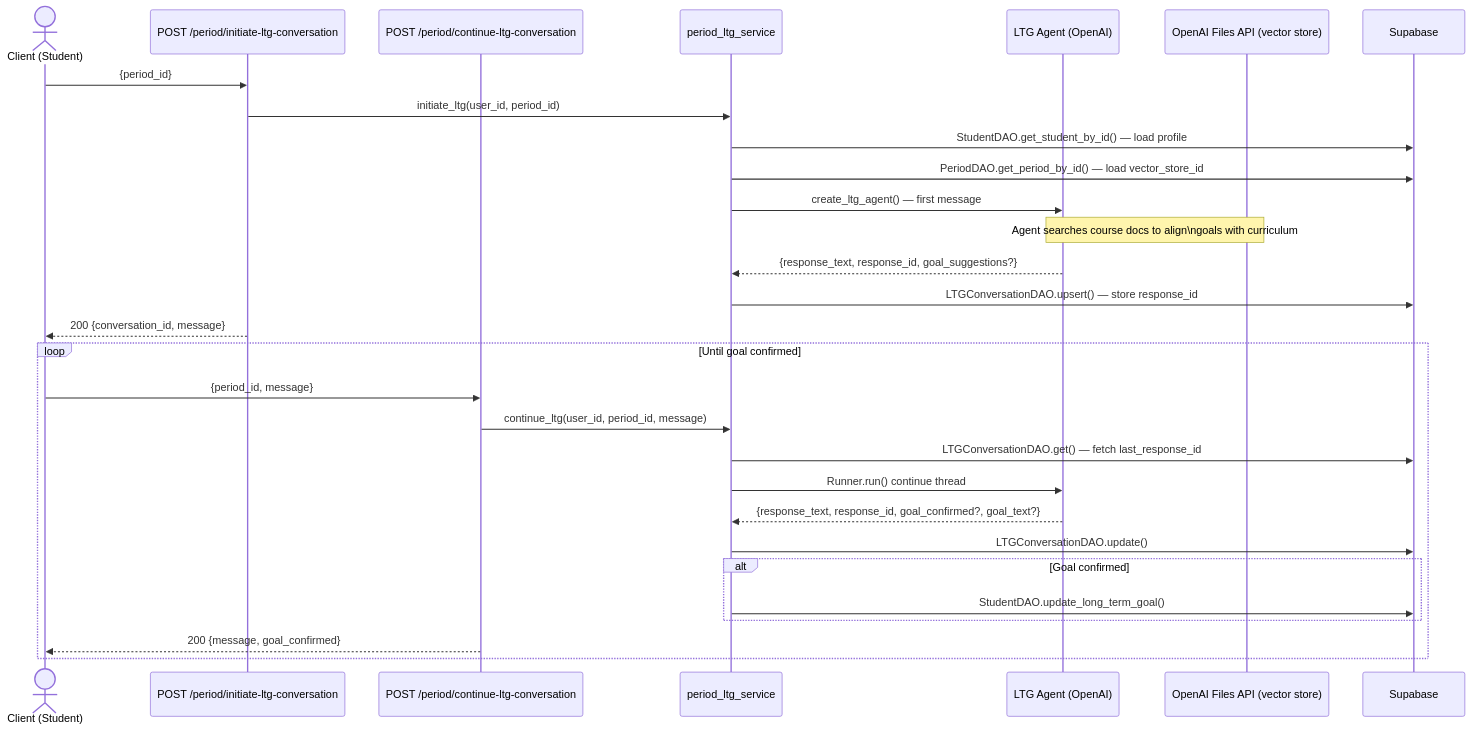
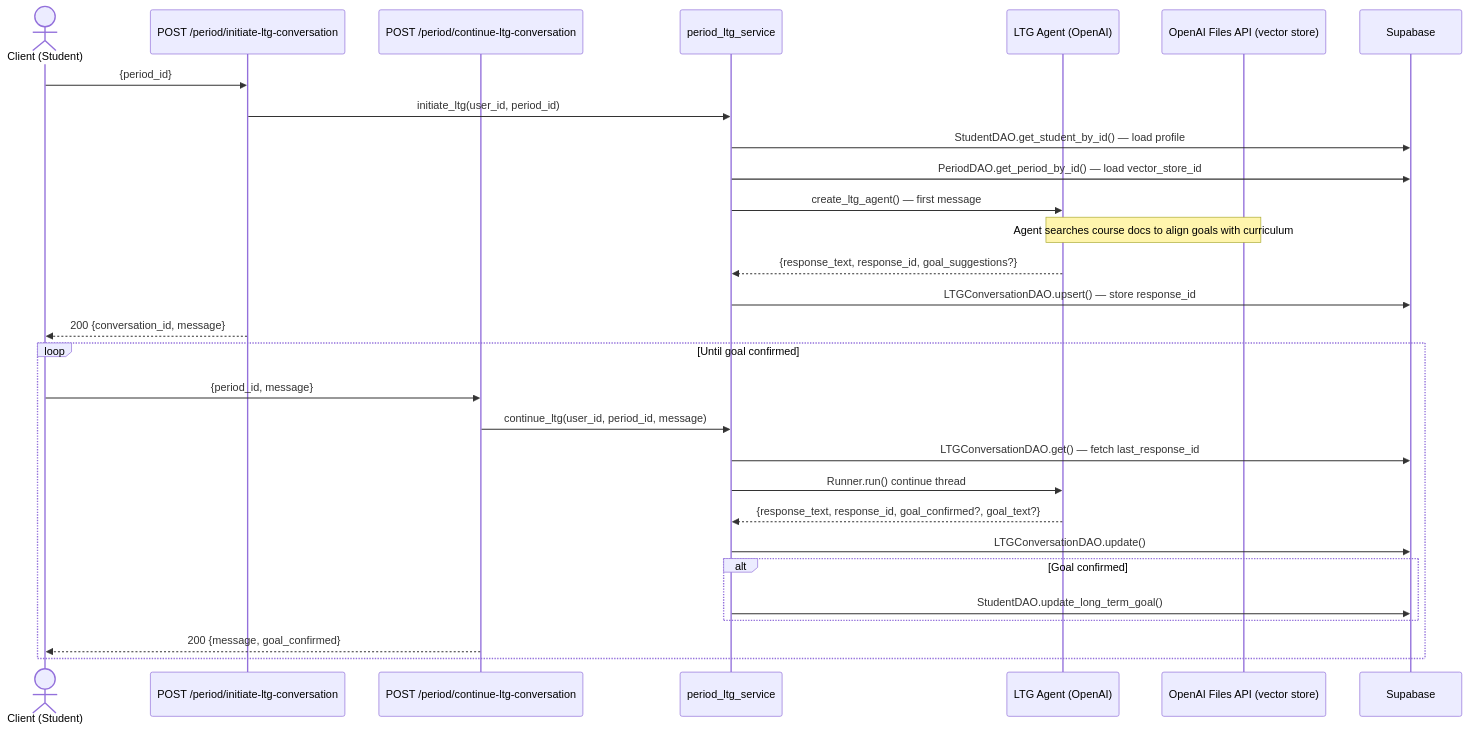
One commit to EduQuest-AI-Inc/eduquest-backend changed diagram 15 of 22 in ARCHITECTURE.md. Above: the diagram before and after it, drawn with Mermaid. The commit also changed other lines of this file and 23 other files, not shown here.

````diff
--- a/ARCHITECTURE.md
+++ b/ARCHITECTURE.md
@@ -407,33 +407,33 @@
 ```mermaid
 sequenceDiagram
     actor C as Client (Student)
     participant R1 as POST /period/initiate-ltg-conversation
     participant R2 as POST /period/continue-ltg-conversation
     participant S as period_ltg_service
     participant AI as LTG Agent (OpenAI)
     participant OAI as OpenAI Files API (vector store)
     participant DB as Supabase
 
     C->>R1: {period_id}
     R1->>S: initiate_ltg(user_id, period_id)
     S->>DB: StudentDAO.get_student_by_id()  — load profile
     S->>DB: PeriodDAO.get_period_by_id()  — load vector_store_id
     S->>AI: create_ltg_agent() — first message
-    Note over AI,OAI: Agent searches course docs to align\ngoals with curriculum
+    Note over AI,OAI: Agent searches course docs to align goals with curriculum
     AI-->>S: {response_text, response_id, goal_suggestions?}
     S->>DB: LTGConversationDAO.upsert()  — store response_id
     R1-->>C: 200  {conversation_id, message}
 
     loop Until goal confirmed
         C->>R2: {period_id, message}
         R2->>S: continue_ltg(user_id, period_id, message)
         S->>DB: LTGConversationDAO.get()  — fetch last_response_id
         S->>AI: Runner.run() continue thread
         AI-->>S: {response_text, response_id, goal_confirmed?, goal_text?}
         S->>DB: LTGConversationDAO.update()
         alt Goal confirmed
             S->>DB: StudentDAO.update_long_term_goal()
         end
         R2-->>C: 200  {message, goal_confirmed}
     end
 ```
````
